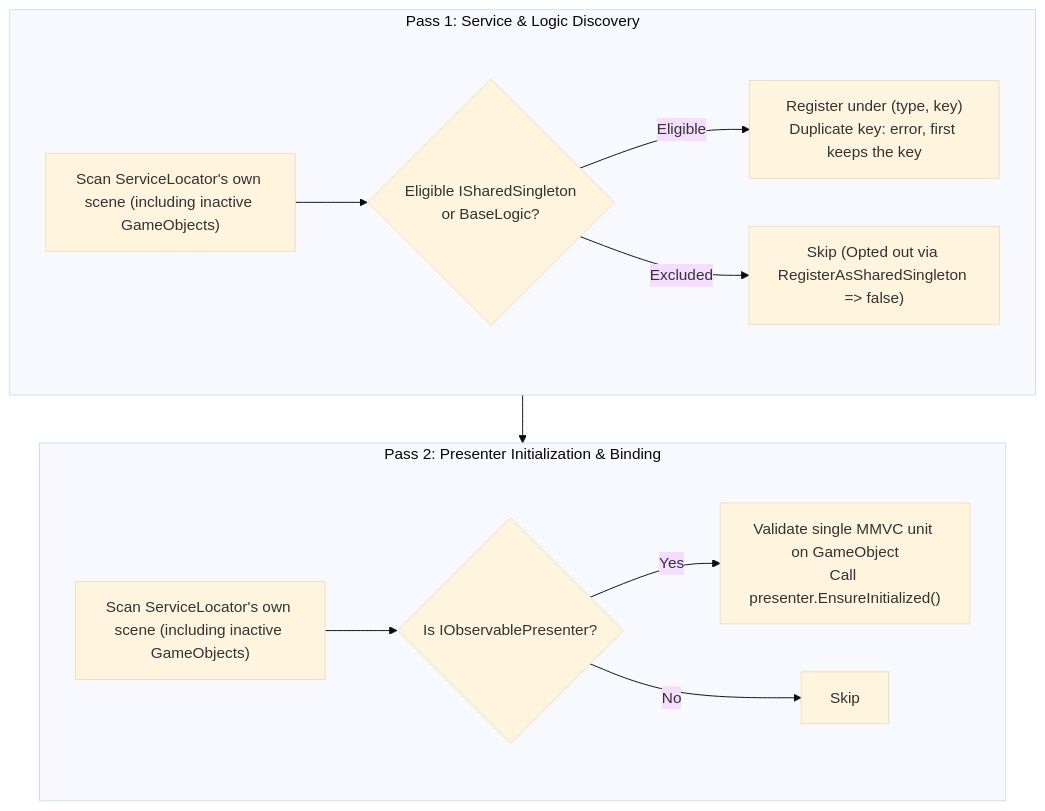
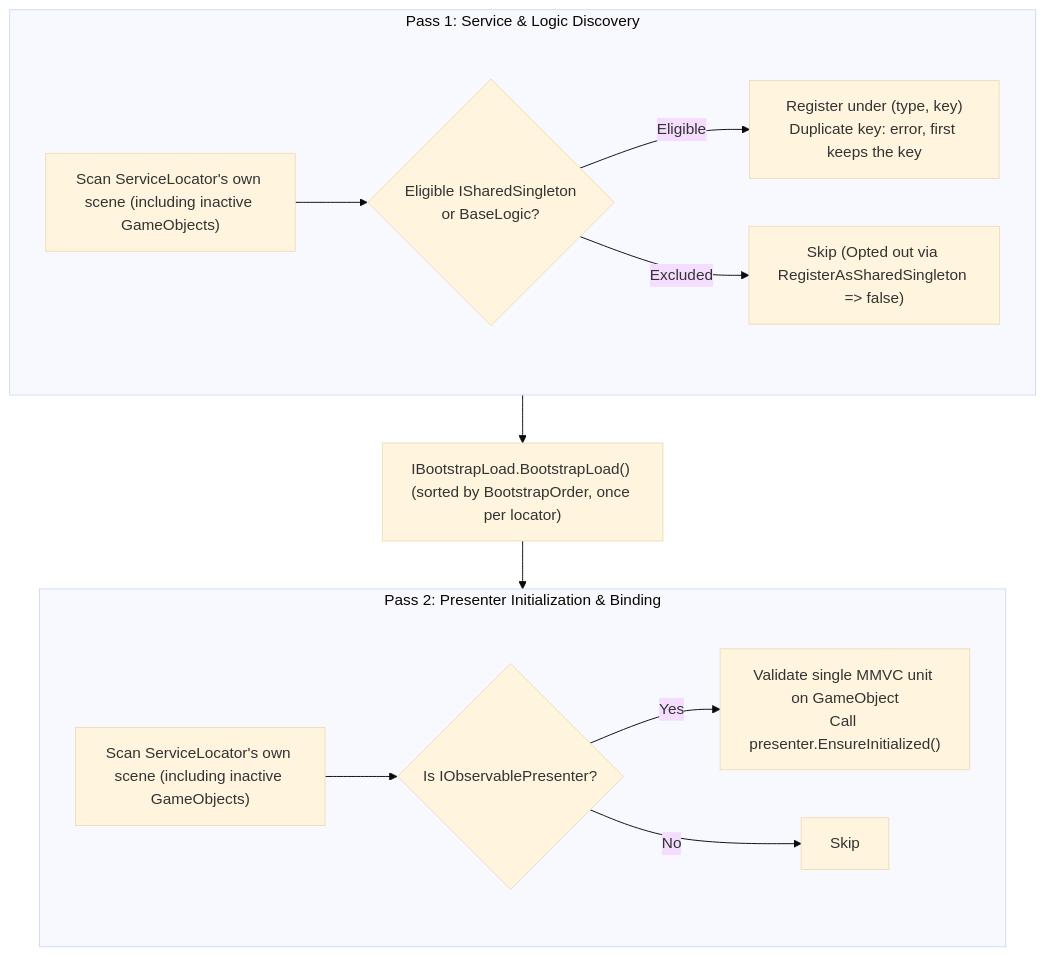
The third of 5 diagrams in Packages/com.evialdev.savableobservable/Documentation~/UnityLifecycle.md (alexxtaurus83/unity-savableobservable), drawn with Mermaid (base theme) before and after one commit. The commit also changed other lines of this file and 58 other files, not shown here.

````diff
--- a/Packages/com.evialdev.savableobservable/Documentation~/UnityLifecycle.md
+++ b/Packages/com.evialdev.savableobservable/Documentation~/UnityLifecycle.md
@@ -95,26 +96,28 @@
 ```mermaid
 flowchart TD
     subgraph Pass1 ["Pass 1: Service & Logic Discovery"]
         P1_Scan["Scan ServiceLocator's own scene (including inactive GameObjects)"]
         P1_Check{"Eligible ISharedSingleton<br/>or BaseLogic?"}
         P1_Register["Register under (type, key)<br/>Duplicate key: error, first keeps the key"]
         P1_Skip["Skip (Opted out via RegisterAsSharedSingleton => false)"]
 
         P1_Scan --> P1_Check
         P1_Check -- Eligible --> P1_Register
         P1_Check -- Excluded --> P1_Skip
     end
 
+    BL["IBootstrapLoad.BootstrapLoad() (sorted by BootstrapOrder, once per locator)"]
+
     subgraph Pass2 ["Pass 2: Presenter Initialization & Binding"]
         P2_Scan["Scan ServiceLocator's own scene (including inactive GameObjects)"]
         P2_Check{"Is IObservablePresenter?"}
         P2_Init["Validate single MMVC unit on GameObject<br/>Call presenter.EnsureInitialized()"]
         P2_Skip["Skip"]
 
         P2_Scan --> P2_Check
         P2_Check -- Yes --> P2_Init
         P2_Check -- No --> P2_Skip
     end
 
-    Pass1 --> Pass2
+    Pass1 --> BL --> Pass2
 ```
````
